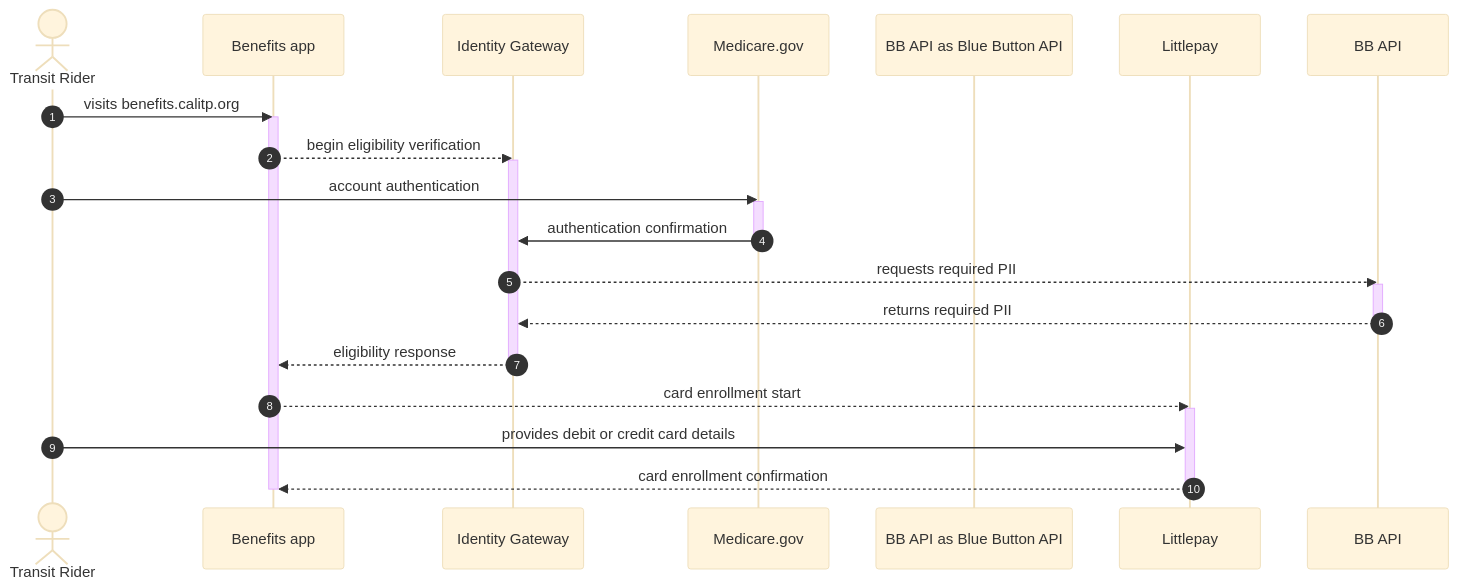
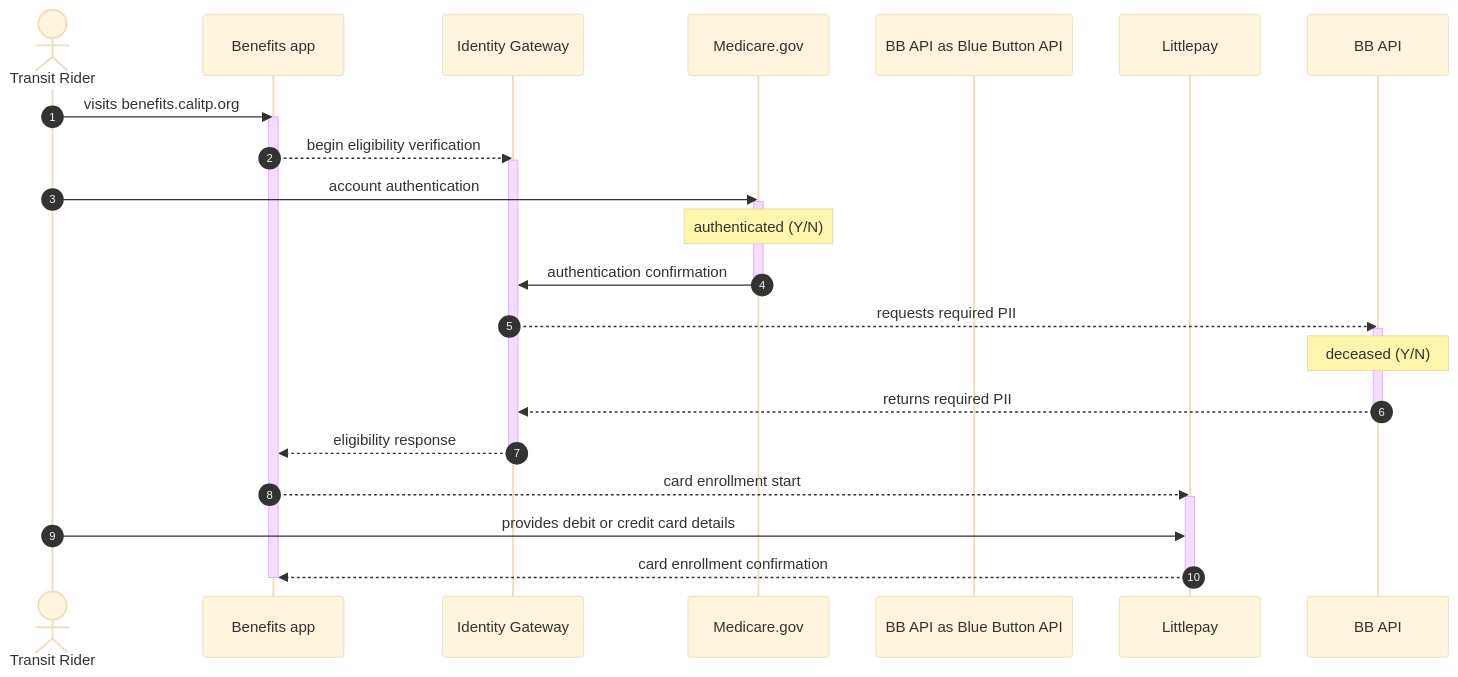
One commit to cal-itp/benefits changed the diagram in docs/enrollment-pathways/medicare-cardholders.md. Above: the diagram before and after it, drawn with Mermaid (base theme).

Commit message:
docs: update to mermaid diagram

````diff
--- a/docs/enrollment-pathways/medicare-cardholders.md
+++ b/docs/enrollment-pathways/medicare-cardholders.md
@@ -21,31 +21,33 @@
 ```mermaid
 sequenceDiagram
 autonumber
 %% Medicare Cardholders Enrollment Pathway
     actor Transit Rider
     participant Benefits as Benefits app
     participant IdG as Identity Gateway
     participant Medicare as Medicare.gov
     participant BB API as Blue Button API
     participant Littlepay
 Transit Rider->>Benefits: visits benefits.calitp.org
     activate Benefits
 Benefits-->>IdG: begin eligibility verification
     activate IdG
 Transit Rider->>Medicare: account authentication
     activate Medicare
+    Note over Medicare: authenticated (Y/N)
 Medicare->>IdG: authentication confirmation
     deactivate Medicare
 IdG-->>BB API: requests required PII
     activate BB API
+    Note over BB API: deceased (Y/N)
 BB API-->>IdG: returns required PII
     deactivate BB API
 IdG-->>Benefits: eligibility response
     deactivate IdG
 Benefits-->>Littlepay: card enrollment start
     activate Littlepay
 Transit Rider->>Littlepay: provides debit or credit card details
 Littlepay-->>Benefits: card enrollment confirmation
     deactivate Littlepay
     deactivate Benefits
 ```
````
